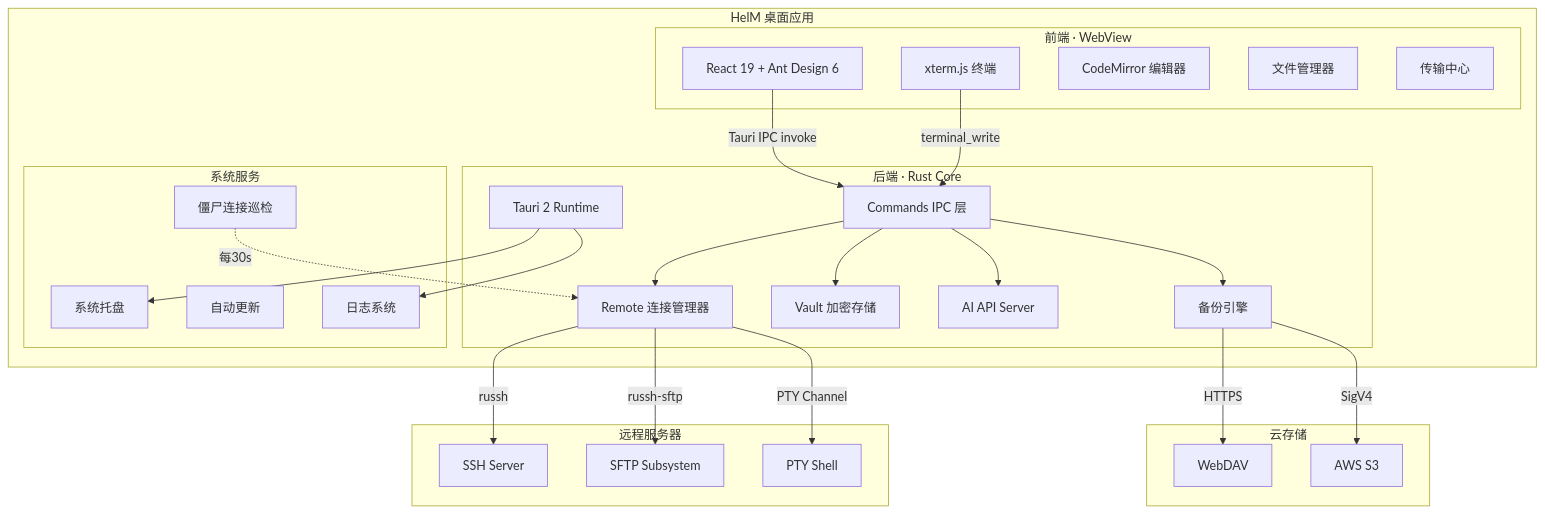
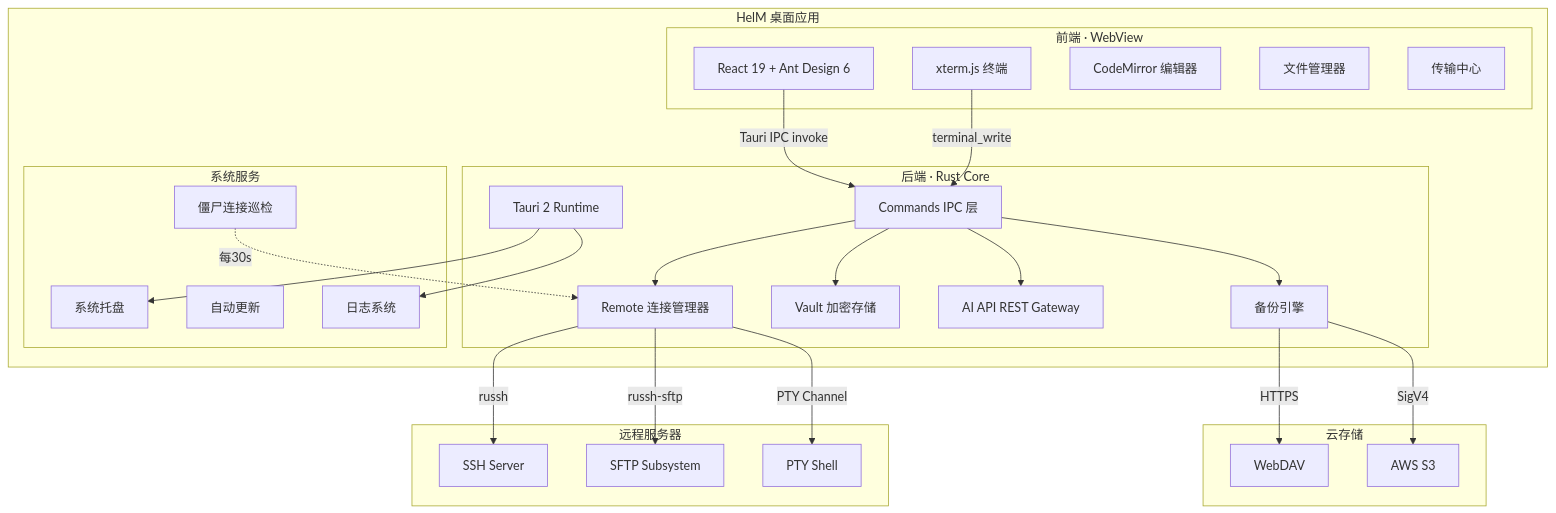
One commit to lookfeeb/Hlem_SSH changed the first of 15 diagrams in README.md. Above: the diagram before and after it, drawn with Mermaid. The commit also changed other lines of this file and 56 other files, not shown here.

````diff
--- a/README.md
+++ b/README.md
@@ -41,54 +42,54 @@
 ```mermaid
 graph TB
     subgraph Desktop["HelM 桌面应用"]
         subgraph Frontend["前端 · WebView"]
             UI[React 19 + Ant Design 6]
             Terminal[xterm.js 终端]
             Editor[CodeMirror 编辑器]
             FM[文件管理器]
             Transfer[传输中心]
         end
 
         subgraph Backend["后端 · Rust Core"]
             TauriRT[Tauri 2 Runtime]
             CmdLayer[Commands IPC 层]
             RemoteMgr[Remote 连接管理器]
             VaultMgr[Vault 加密存储]
-            APIServer[AI API Server]
+            APIServer[AI API REST Gateway]
             BackupEng[备份引擎]
         end
 
         subgraph SysService["系统服务"]
             Tray[系统托盘]
             AutoUpdate[自动更新]
             Logger[日志系统]
             Reaper[僵尸连接巡检]
         end
     end
 
     subgraph Remote["远程服务器"]
         SSH[SSH Server]
         SFTP[SFTP Subsystem]
         Shell[PTY Shell]
     end
 
     subgraph Cloud["云存储"]
         WebDAV[WebDAV]
         S3[AWS S3]
     end
 
     UI -->|Tauri IPC invoke| CmdLayer
     Terminal -->|terminal_write| CmdLayer
     CmdLayer --> RemoteMgr
     CmdLayer --> VaultMgr
     CmdLayer --> APIServer
     CmdLayer --> BackupEng
     RemoteMgr -->|russh| SSH
     RemoteMgr -->|russh-sftp| SFTP
     RemoteMgr -->|PTY Channel| Shell
     BackupEng -->|HTTPS| WebDAV
     BackupEng -->|SigV4| S3
     TauriRT --> Tray
     TauriRT --> Logger
     Reaper -.->|每30s| RemoteMgr
 ```
````
